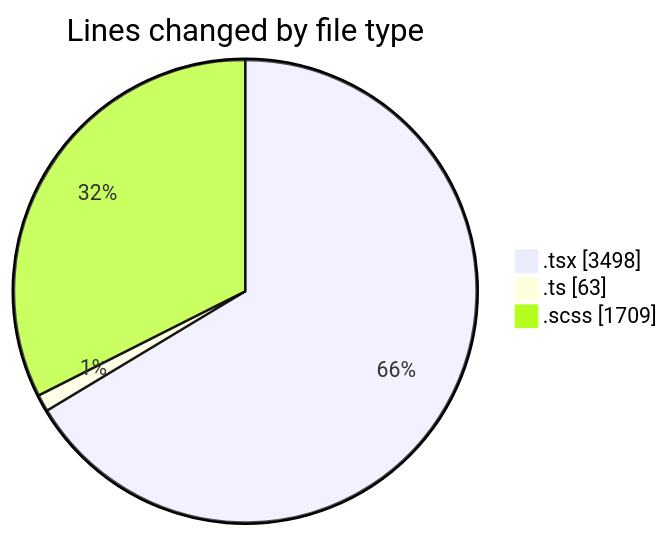
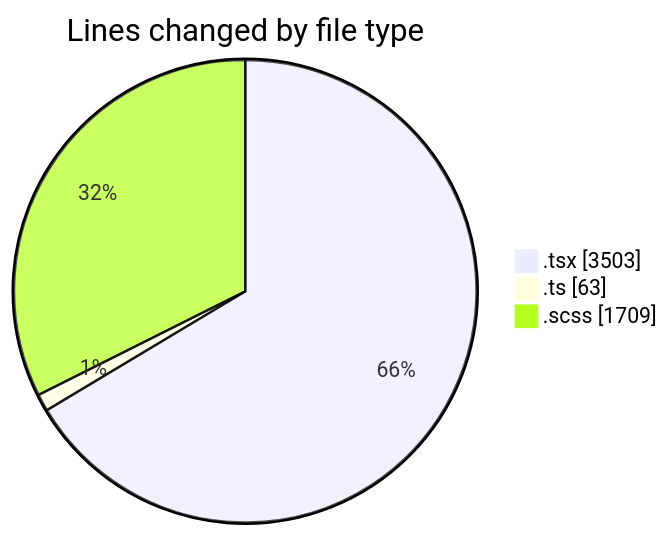
Before and after one commit to momahboobian/code-tracking: the first of 2 diagrams in 2025-04-02/cda/README.md, drawn with Mermaid. The commit also changed other lines of this file and 1 other file, not shown here.

````diff
--- a/2025-04-02/cda/README.md
+++ b/2025-04-02/cda/README.md
@@ -30,7 +30,7 @@
 ```mermaid
 pie showData
 title Lines changed by file type
-".tsx" : 3498
+".tsx" : 3503
 ".ts" : 63
 ".scss" : 1709
 ```
````
